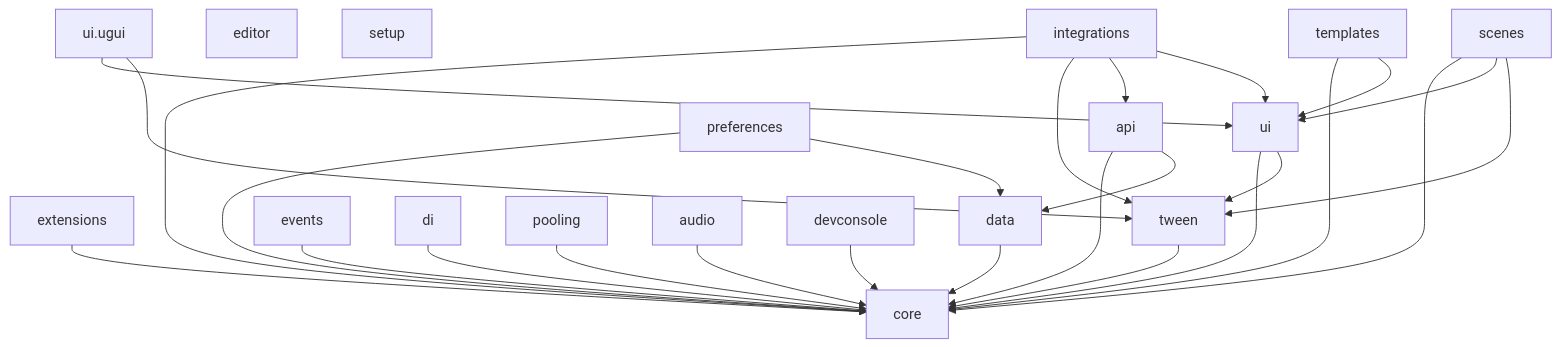
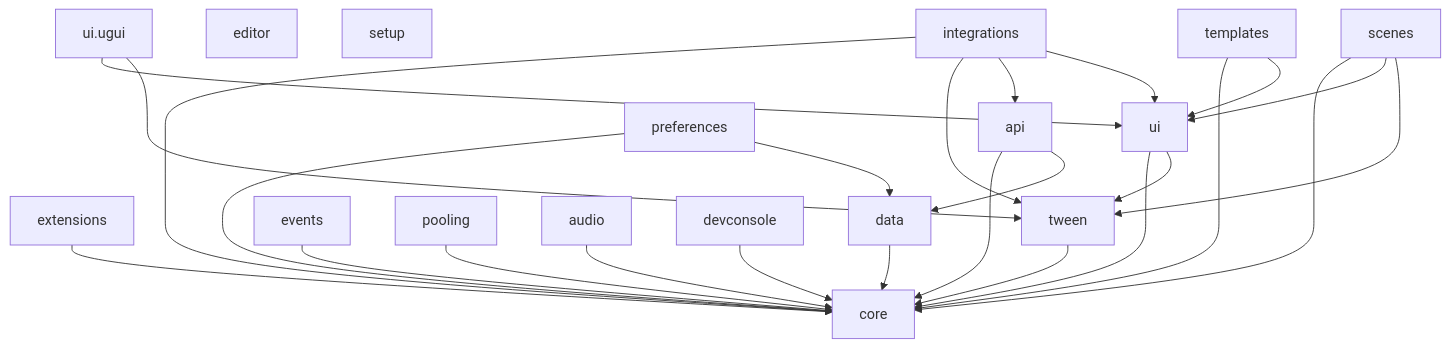
The diagram in README.md (Uee03/Pretzel), drawn with Mermaid before and after one commit. The commit also changed other lines of this file and 148 other files, not shown here.

````diff
--- a/README.md
+++ b/README.md
@@ -12,47 +12,45 @@
 ```mermaid
 graph TD
     core[core]
     extensions[extensions]
     data[data]
     api[api]
     tween[tween]
     ui[ui]
     ugui[ui.ugui]
     editor[editor]
     setup[setup]
     templates[templates]
     integrations[integrations]
     events[events]
-    di[di]
     pooling[pooling]
     scenes[scenes]
     audio[audio]
     preferences[preferences]
     devconsole[devconsole]
 
     extensions --> core
     data --> core
     api --> core
     api --> data
     tween --> core
     ui --> core
     ui --> tween
     ugui --> ui
     ugui --> tween
     templates --> core
     templates --> ui
     integrations --> core
     integrations --> tween
     integrations --> api
     integrations --> ui
     events --> core
-    di --> core
     pooling --> core
     scenes --> core
     scenes --> ui
     scenes --> tween
     audio --> core
     preferences --> core
     preferences --> data
     devconsole --> core
 ```
````
